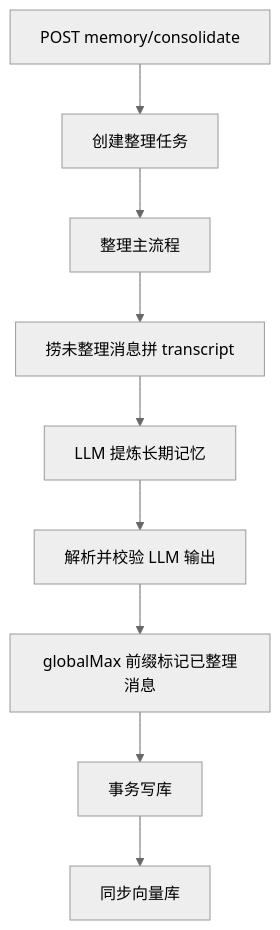
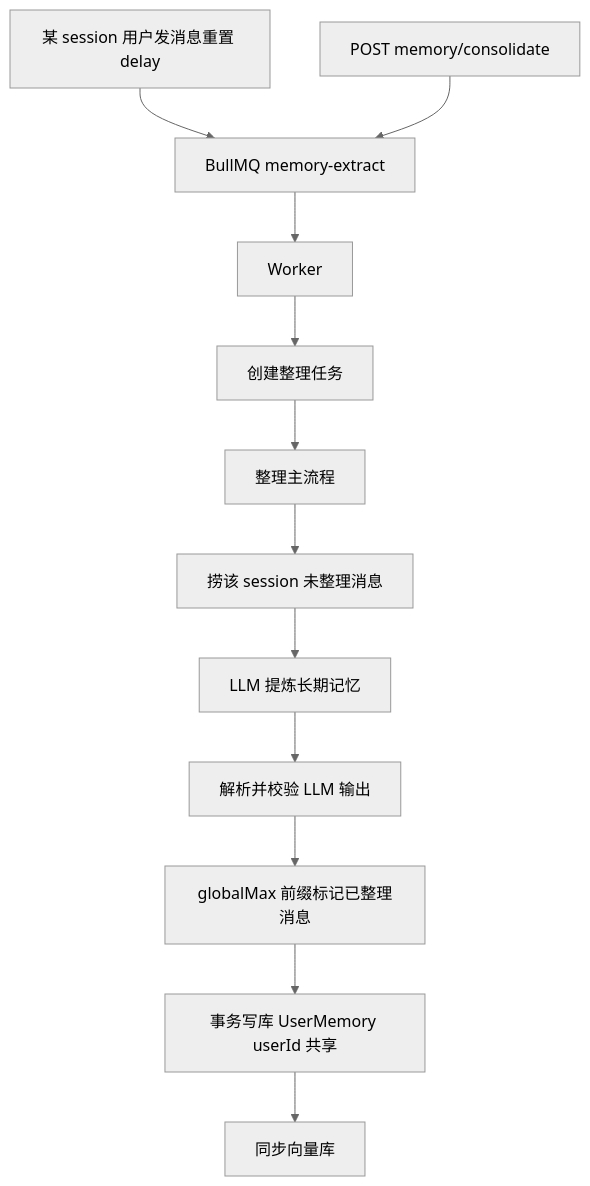
Before and after one commit to lilialab/lilia: the diagram in docs/memory/extract.md, drawn with Mermaid (neutral theme). The commit also changed other lines of this file and 54 other files, not shown here.

````diff
--- a/docs/memory/extract.md
+++ b/docs/memory/extract.md
@@ -5,11 +5,14 @@
 ```mermaid
 flowchart TD
-  API["POST memory/consolidate"] --> CreateJob[创建整理任务]
+  ChatIdle["某 session 用户发消息重置 delay"] --> Queue[BullMQ memory-extract]
+  API["POST memory/consolidate"] --> Queue
+  Queue --> Worker[Worker]
+  Worker --> CreateJob[创建整理任务]
   CreateJob --> MainFlow[整理主流程]
-  MainFlow --> BuildTranscript[捞未整理消息拼 transcript]
+  MainFlow --> BuildTranscript[捞该 session 未整理消息]
   BuildTranscript --> LlmExtract[LLM 提炼长期记忆]
   LlmExtract --> ParseValidate[解析并校验 LLM 输出]
   ParseValidate --> MarkMessages["globalMax 前缀标记已整理消息"]
-  MarkMessages --> Persist[事务写库]
+  MarkMessages --> Persist["事务写库 UserMemory userId 共享"]
   Persist --> SyncVector[同步向量库]
 ```
````
